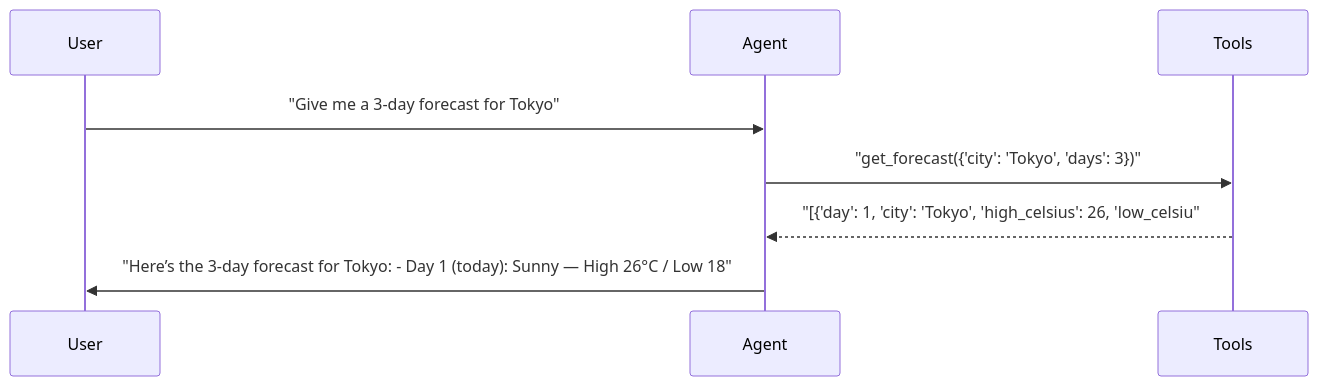
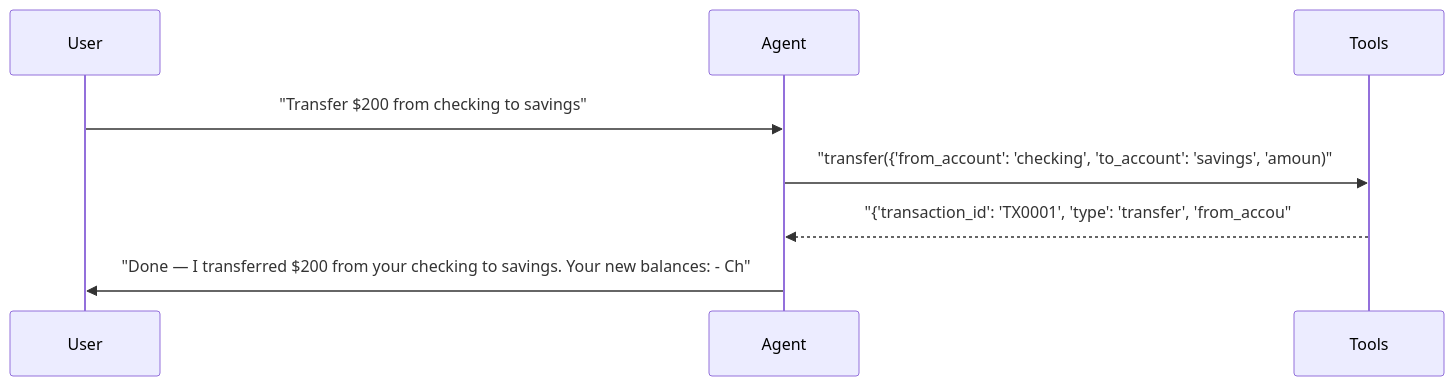
The second of 4 diagrams in docs/reports/01_single_agent.md (sbroenne/pytest-aitest), drawn with Mermaid before and after one commit. The commit also changed other lines of this file and 132 other files, not shown here.

````diff
--- a/docs/reports/01_single_agent.md
+++ b/docs/reports/01_single_agent.md
@@ -166,11 +192,11 @@
 ```mermaid
 sequenceDiagram
     participant User
     participant Agent
     participant Tools
 
-    User->>Agent: "Give me a 3-day forecast for Tokyo"
-    Agent->>Tools: "get_forecast({'city': 'Tokyo', 'days': 3})"
-    Tools-->>Agent: "[{'day': 1, 'city': 'Tokyo', 'high_celsius': 26, 'low_celsiu"
-    Agent->>User: "Here’s the 3-day forecast for Tokyo: - Day 1 (today): Sunny — High 26°C / Low 18"
+    User->>Agent: "Transfer $200 from checking to savings"
+    Agent->>Tools: "transfer({'from_account': 'checking', 'to_account': 'savings', 'amoun)"
+    Tools-->>Agent: "{'transaction_id': 'TX0001', 'type': 'transfer', 'from_accou"
+    Agent->>User: "Done — I transferred $200 from your checking to savings. Your new balances: - Ch"
 ```
````
